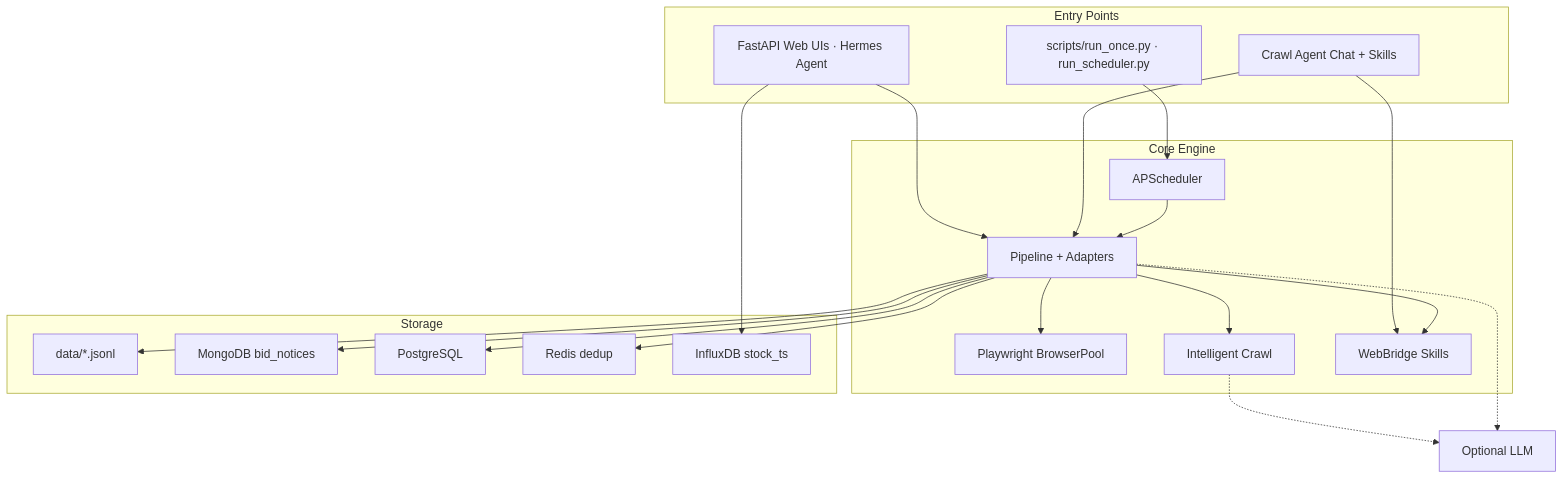
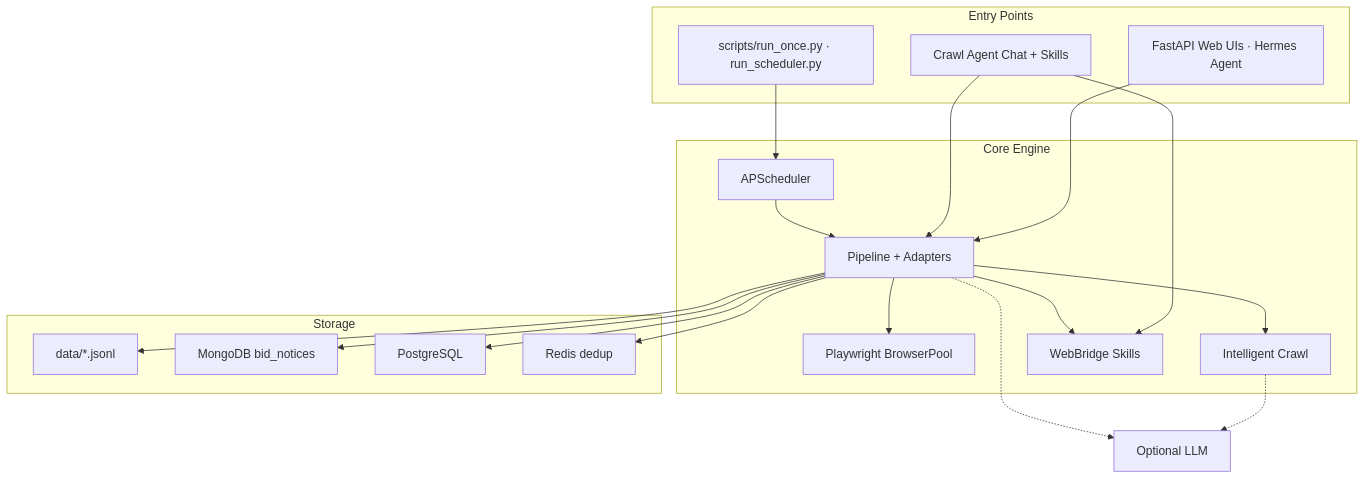
One commit to frankxiaofei/web-scraper-agent changed the diagram in README.en.md. Above: the diagram before and after it, drawn with Mermaid. The commit also changed other lines of this file and 1 other file, not shown here.

````diff
--- a/README.en.md
+++ b/README.en.md
@@ -83,40 +81,38 @@
 ```mermaid
 flowchart TB
     subgraph Entry["Entry Points"]
         CLI["scripts/run_once.py · run_scheduler.py"]
         UI["FastAPI Web UIs · Hermes Agent"]
         Agent["Crawl Agent Chat + Skills"]
     end
 
     subgraph Core["Core Engine"]
         Scheduler["APScheduler"]
         Pipeline["Pipeline + Adapters"]
         Browser["Playwright BrowserPool"]
         Intel["Intelligent Crawl"]
         WebBridge["WebBridge Skills"]
     end
 
     subgraph Storage["Storage"]
         JSONL["data/*.jsonl"]
         Mongo["MongoDB bid_notices"]
         PG["PostgreSQL"]
         Redis["Redis dedup"]
-        Influx["InfluxDB stock_ts"]
     end
 
     CLI --> Scheduler
     UI --> Pipeline
     Agent --> WebBridge
     Agent --> Pipeline
     Scheduler --> Pipeline
     Pipeline --> Browser
     Pipeline --> Intel
     Pipeline --> WebBridge
     Pipeline --> JSONL
     Pipeline --> Mongo
     Pipeline --> PG
     Pipeline --> Redis
     Intel -.-> LLM["Optional LLM"]
     Pipeline -.-> LLM
-    UI --> Influx
 ```
````
